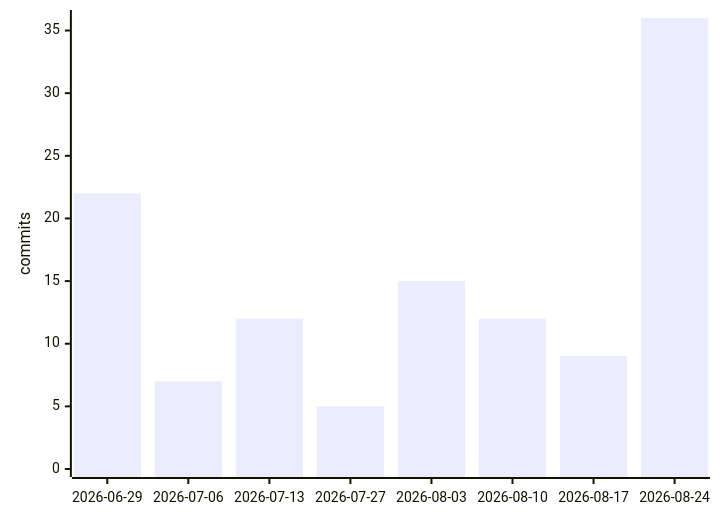
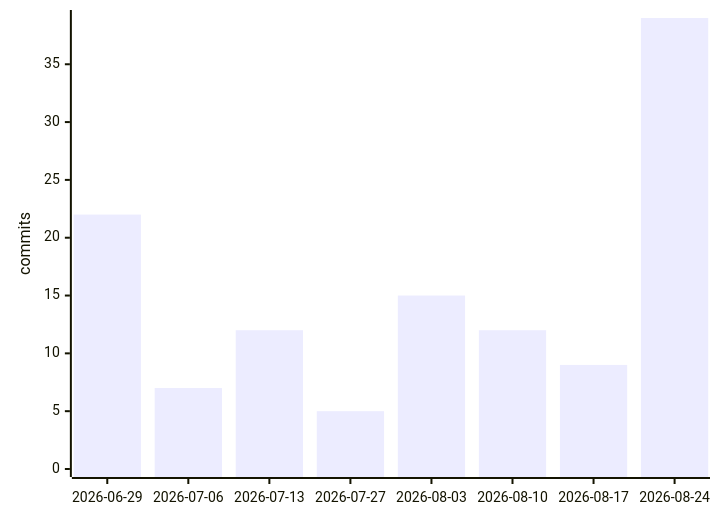
One commit to Manashjyoti-Bora/Manashjyoti-Bora changed the first of 3 diagrams in README.md. Above: the diagram before and after it, drawn with Mermaid. The commit also changed other lines of this file and 5 other files, not shown here.

````diff
--- a/README.md
+++ b/README.md
@@ -163,6 +163,6 @@
 ```mermaid
 xychart-beta
     x-axis ["2026-06-29", "2026-07-06", "2026-07-13", "2026-07-27", "2026-08-03", "2026-08-10", "2026-08-17", "2026-08-24"]
-    y-axis "commits" 0 --> 36
-    bar [22, 7, 12, 5, 15, 12, 9, 36]
+    y-axis "commits" 0 --> 39
+    bar [22, 7, 12, 5, 15, 12, 9, 39]
 ```
````
